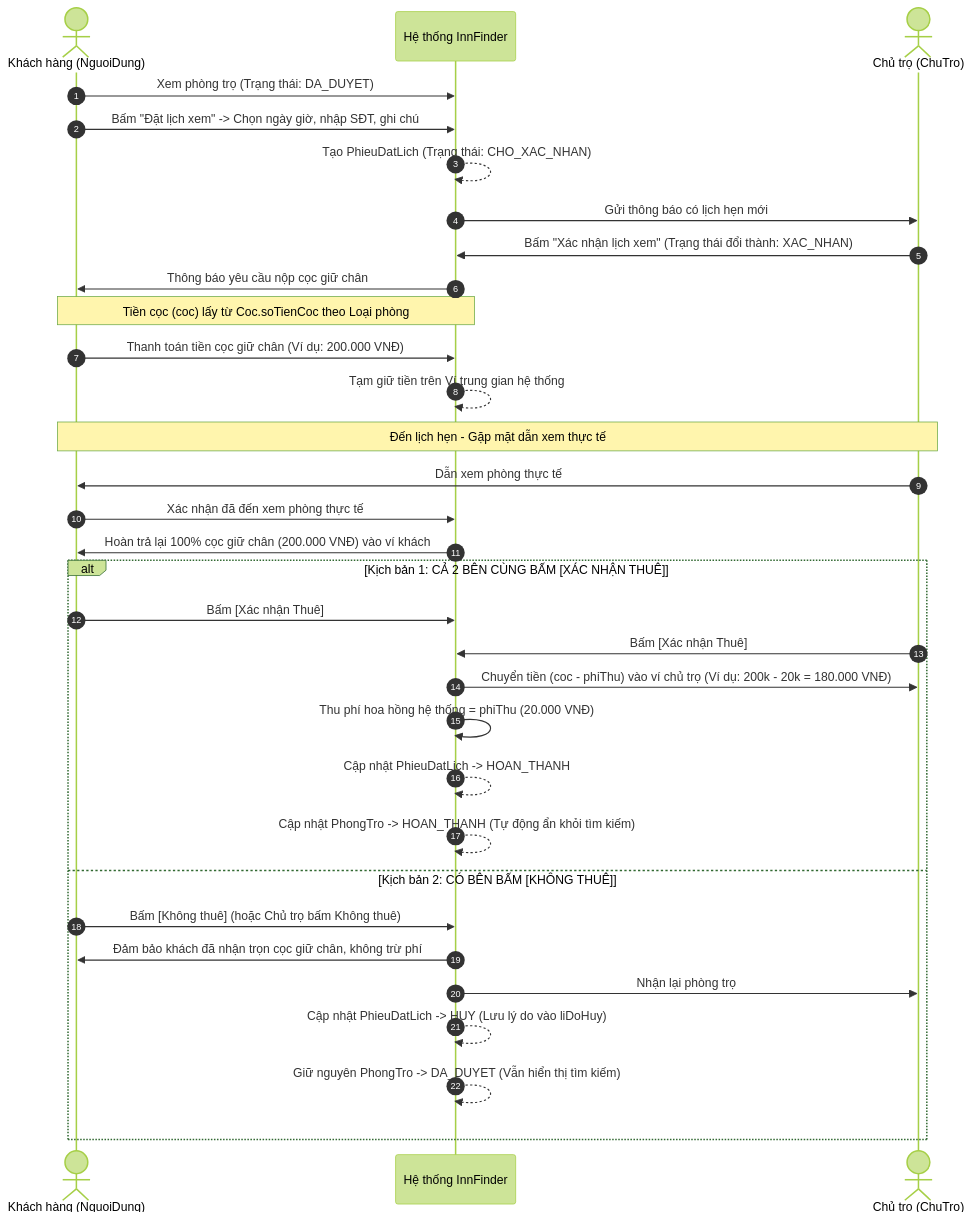
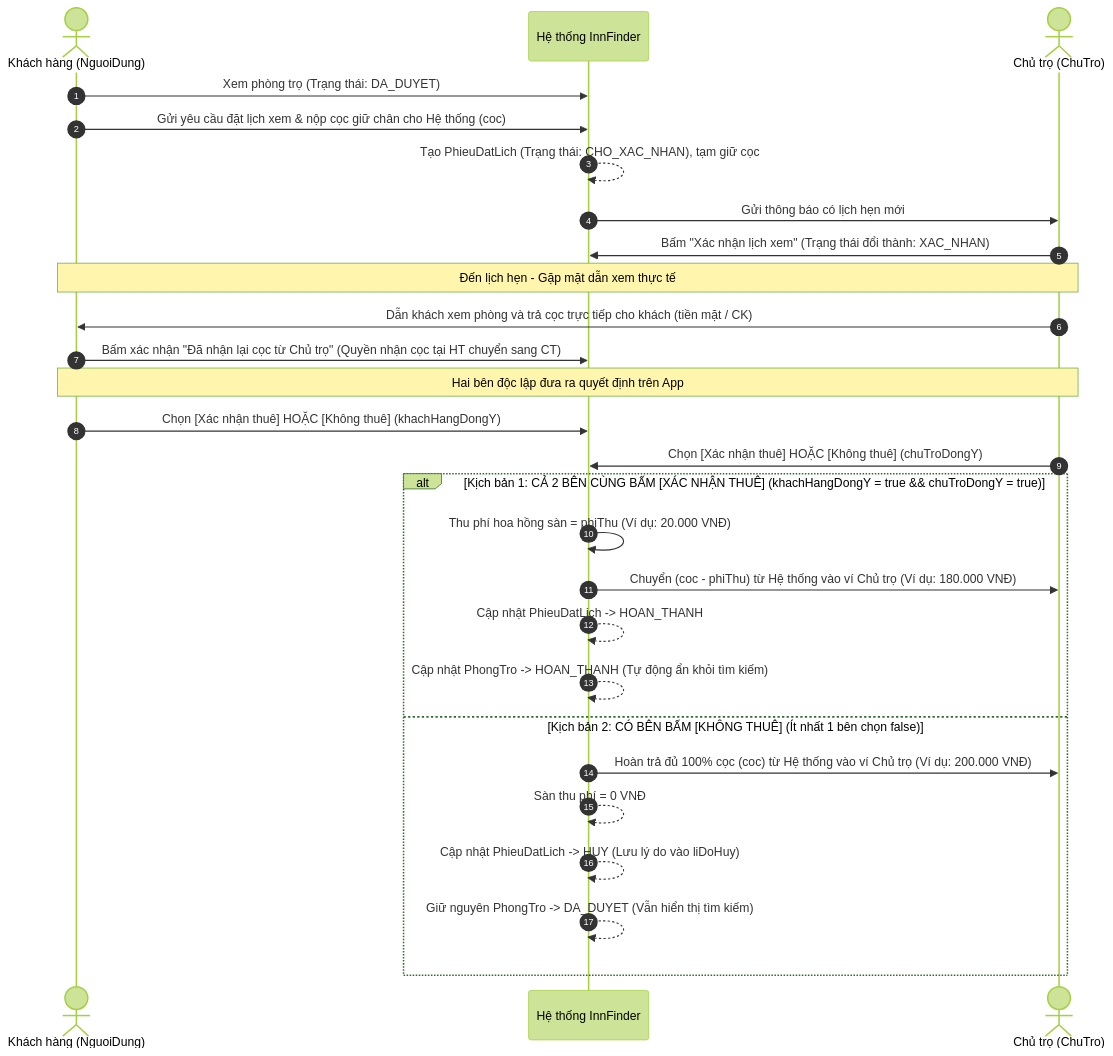
The diagram in AGENTS.md (khoaletran/InnFinder), drawn with Mermaid (forest theme) before and after one commit. The commit also changed other lines of this file, not shown here.

Commit message:
docs(rules): update business workflow and PhieuDatLich attributes according to latest spec

````diff
--- a/AGENTS.md
+++ b/AGENTS.md
@@ -89,39 +110,34 @@
 ```mermaid
 sequenceDiagram
     autonumber
     actor KH as Khách hàng (NguoiDung)
     participant HT as Hệ thống InnFinder
     actor CT as Chủ trọ (ChuTro)
 
     KH->>HT: Xem phòng trọ (Trạng thái: DA_DUYET)
-    KH->>HT: Bấm "Đặt lịch xem" -> Chọn ngày giờ, nhập SĐT, ghi chú
-    HT-->>HT: Tạo PhieuDatLich (Trạng thái: CHO_XAC_NHAN)
+    KH->>HT: Gửi yêu cầu đặt lịch xem & nộp cọc giữ chân cho Hệ thống (coc)
+    HT-->>HT: Tạo PhieuDatLich (Trạng thái: CHO_XAC_NHAN), tạm giữ cọc
     HT->>CT: Gửi thông báo có lịch hẹn mới
     
     CT->>HT: Bấm "Xác nhận lịch xem" (Trạng thái đổi thành: XAC_NHAN)
-    HT->>KH: Thông báo yêu cầu nộp cọc giữ chân
-    
-    Note over KH,HT: Tiền cọc (coc) lấy từ Coc.soTienCoc theo Loại phòng
-    KH->>HT: Thanh toán tiền cọc giữ chân (Ví dụ: 200.000 VNĐ)
-    HT-->>HT: Tạm giữ tiền trên Ví trung gian hệ thống
     
     Note over KH,CT: Đến lịch hẹn - Gặp mặt dẫn xem thực tế
-    CT->>KH: Dẫn xem phòng thực tế
-    KH->>HT: Xác nhận đã đến xem phòng thực tế
-    HT->>KH: Hoàn trả lại 100% cọc giữ chân (200.000 VNĐ) vào ví khách
+    CT->>KH: Dẫn khách xem phòng và trả cọc trực tiếp cho khách (tiền mặt / CK)
+    KH->>HT: Bấm xác nhận "Đã nhận lại cọc từ Chủ trọ" (Quyền nhận cọc tại HT chuyển sang CT)
     
-    alt Kịch bản 1: CẢ 2 BÊN CÙNG BẤM [XÁC NHẬN THUÊ]
-        KH->>HT: Bấm [Xác nhận Thuê]
-        CT->>HT: Bấm [Xác nhận Thuê]
-        HT->>CT: Chuyển tiền (coc - phiThu) vào ví chủ trọ (Ví dụ: 200k - 20k = 180.000 VNĐ)
-        HT->>HT: Thu phí hoa hồng hệ thống = phiThu (20.000 VNĐ)
+    Note over KH,CT: Hai bên độc lập đưa ra quyết định trên App
+    KH->>HT: Chọn [Xác nhận thuê] HOẶC [Không thuê] (khachHangDongY)
+    CT->>HT: Chọn [Xác nhận thuê] HOẶC [Không thuê] (chuTroDongY)
+    
+    alt Kịch bản 1: CẢ 2 BÊN CÙNG BẤM [XÁC NHẬN THUÊ] (khachHangDongY = true && chuTroDongY = true)
+        HT->>HT: Thu phí hoa hồng sàn = phiThu (Ví dụ: 20.000 VNĐ)
+        HT->>CT: Chuyển (coc - phiThu) từ Hệ thống vào ví Chủ trọ (Ví dụ: 180.000 VNĐ)
         HT-->>HT: Cập nhật PhieuDatLich -> HOAN_THANH
         HT-->>HT: Cập nhật PhongTro -> HOAN_THANH (Tự động ẩn khỏi tìm kiếm)
-    else Kịch bản 2: CÓ BÊN BẤM [KHÔNG THUÊ]
-        KH->>HT: Bấm [Không thuê] (hoặc Chủ trọ bấm Không thuê)
-        HT->>KH: Đảm bảo khách đã nhận trọn cọc giữ chân, không trừ phí
-        HT->>CT: Nhận lại phòng trọ
+    else Kịch bản 2: CÓ BÊN BẤM [KHÔNG THUÊ] (Ít nhất 1 bên chọn false)
+        HT->>CT: Hoàn trả đủ 100% cọc (coc) từ Hệ thống vào ví Chủ trọ (Ví dụ: 200.000 VNĐ)
+        HT-->>HT: Sàn thu phí = 0 VNĐ
         HT-->>HT: Cập nhật PhieuDatLich -> HUY (Lưu lý do vào liDoHuy)
         HT-->>HT: Giữ nguyên PhongTro -> DA_DUYET (Vẫn hiển thị tìm kiếm)
     end
 ```
````
